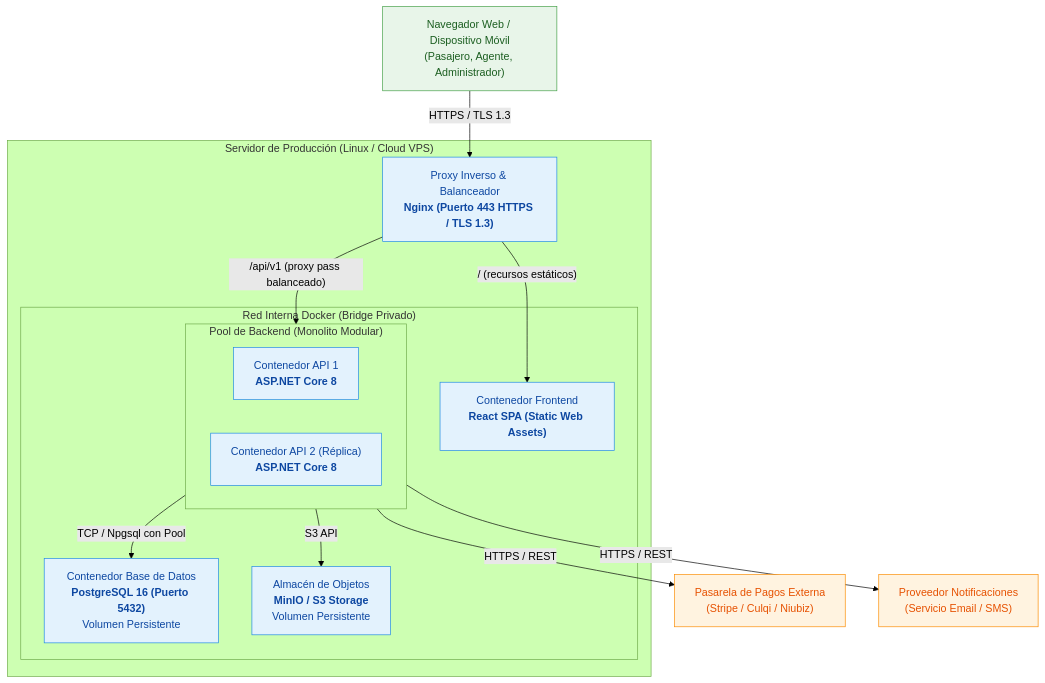
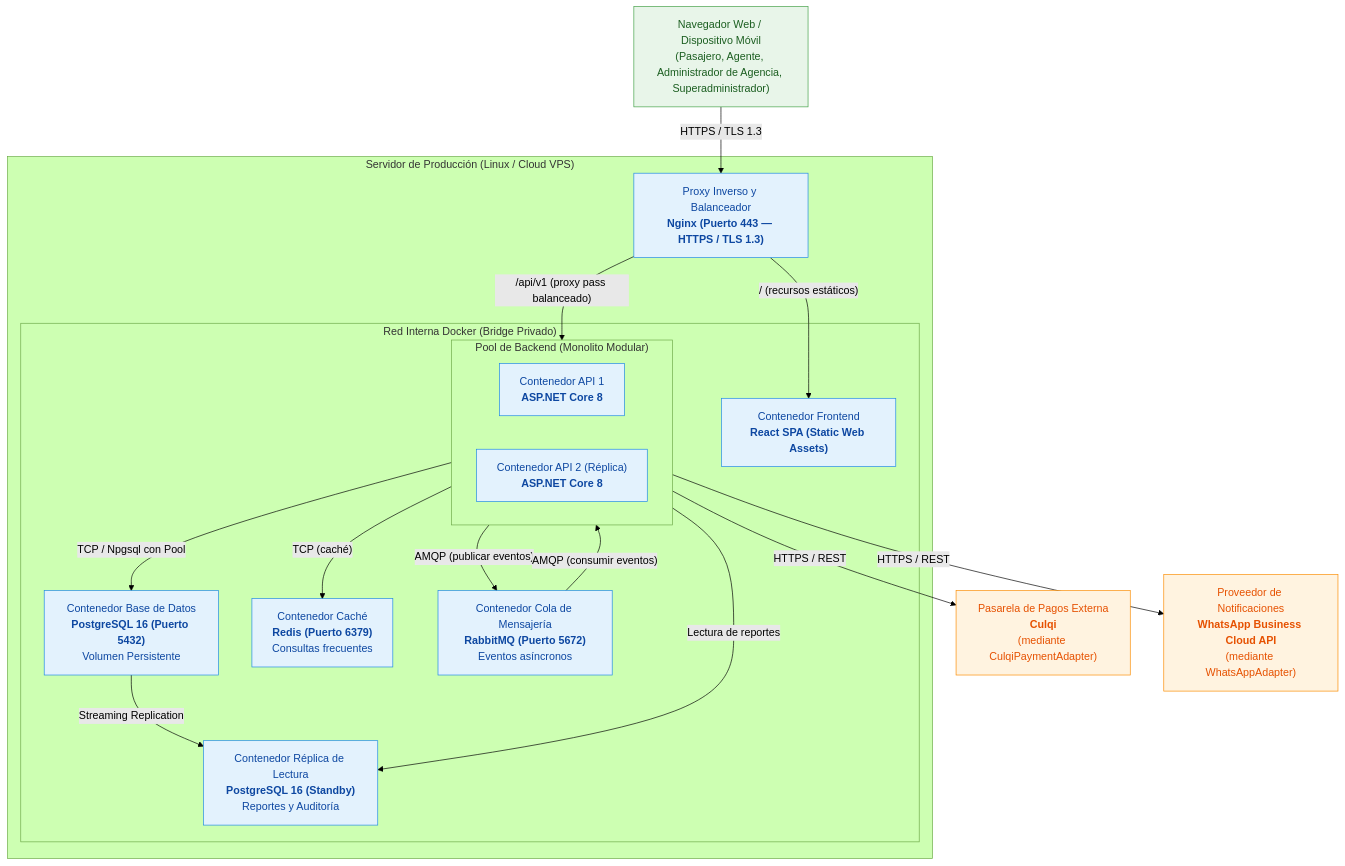
The second of 3 diagrams in docs/02-arquitectura-software/tecnologias-y-despliegue.md (jos12-prog/transporte-interprovincial-arquitectura), drawn with Mermaid (forest theme) before and after one commit. The commit also changed other lines of this file and 31 other files, not shown here.

````diff
--- a/docs/02-arquitectura-software/tecnologias-y-despliegue.md
+++ b/docs/02-arquitectura-software/tecnologias-y-despliegue.md
@@ -60,38 +60,44 @@
 ```mermaid
 flowchart TB
-    CLIENTE["Navegador Web / Dispositivo Móvil<br/>(Pasajero, Agente, Administrador)"]
+    CLIENTE["Navegador Web / Dispositivo Móvil<br/>(Pasajero, Agente, Administrador de Agencia, Superadministrador)"]
 
     subgraph SERVIDOR["Servidor de Producción (Linux / Cloud VPS)"]
-        NGINX["Proxy Inverso & Balanceador<br/><b>Nginx (Puerto 443 HTTPS / TLS 1.3)</b>"]
+        NGINX["Proxy Inverso y Balanceador<br/><b>Nginx (Puerto 443 — HTTPS / TLS 1.3)</b>"]
 
         subgraph RED_DOCKER["Red Interna Docker (Bridge Privado)"]
             FRONT["Contenedor Frontend<br/><b>React SPA (Static Web Assets)</b>"]
-            
+
             subgraph BACKEND_POOL["Pool de Backend (Monolito Modular)"]
                 API1["Contenedor API 1<br/><b>ASP.NET Core 8</b>"]
                 API2["Contenedor API 2 (Réplica)<br/><b>ASP.NET Core 8</b>"]
             end
 
             DB["Contenedor Base de Datos<br/><b>PostgreSQL 16 (Puerto 5432)</b><br/>Volumen Persistente"]
-            OBJ["Almacén de Objetos<br/><b>MinIO / S3 Storage</b><br/>Volumen Persistente"]
+            DB_REPLICA["Contenedor Réplica de Lectura<br/><b>PostgreSQL 16 (Standby)</b><br/>Reportes y Auditoría"]
+            REDIS["Contenedor Caché<br/><b>Redis (Puerto 6379)</b><br/>Consultas frecuentes"]
+            RABBIT["Contenedor Cola de Mensajería<br/><b>RabbitMQ (Puerto 5672)</b><br/>Eventos asíncronos"]
         end
     end
 
-    EXT_PAGOS["Pasarela de Pagos Externa<br/>(Stripe / Culqi / Niubiz)"]
-    EXT_NOTIF["Proveedor Notificaciones<br/>(Servicio Email / SMS)"]
+    EXT_PAGOS["Pasarela de Pagos Externa<br/><b>Culqi</b><br/>(mediante CulqiPaymentAdapter)"]
+    EXT_NOTIF["Proveedor de Notificaciones<br/><b>WhatsApp Business Cloud API</b><br/>(mediante WhatsAppAdapter)"]
 
     CLIENTE -->|"HTTPS / TLS 1.3"| NGINX
     NGINX -->|"/ (recursos estáticos)"| FRONT
     NGINX -->|"/api/v1 (proxy pass balanceado)"| BACKEND_POOL
     BACKEND_POOL -->|"TCP / Npgsql con Pool"| DB
-    BACKEND_POOL -->|"S3 API"| OBJ
+    DB -->|"Streaming Replication"| DB_REPLICA
+    BACKEND_POOL -->|"Lectura de reportes"| DB_REPLICA
+    BACKEND_POOL -->|"TCP (caché)"| REDIS
+    BACKEND_POOL -->|"AMQP (publicar eventos)"| RABBIT
+    RABBIT -->|"AMQP (consumir eventos)"| BACKEND_POOL
     BACKEND_POOL -->|"HTTPS / REST"| EXT_PAGOS
     BACKEND_POOL -->|"HTTPS / REST"| EXT_NOTIF
 
     classDef net fill:#E3F2FD,stroke:#1E88E5,color:#0D47A1
     classDef comp fill:#E8F5E9,stroke:#43A047,color:#1B5E20
     classDef ext fill:#FFF3E0,stroke:#FB8C00,color:#E65100
-    class NGINX,FRONT,API1,API2,DB,OBJ net
+    class NGINX,FRONT,API1,API2,DB,DB_REPLICA,REDIS,RABBIT net
     class CLIENTE comp
     class EXT_PAGOS,EXT_NOTIF ext
 ```
````
